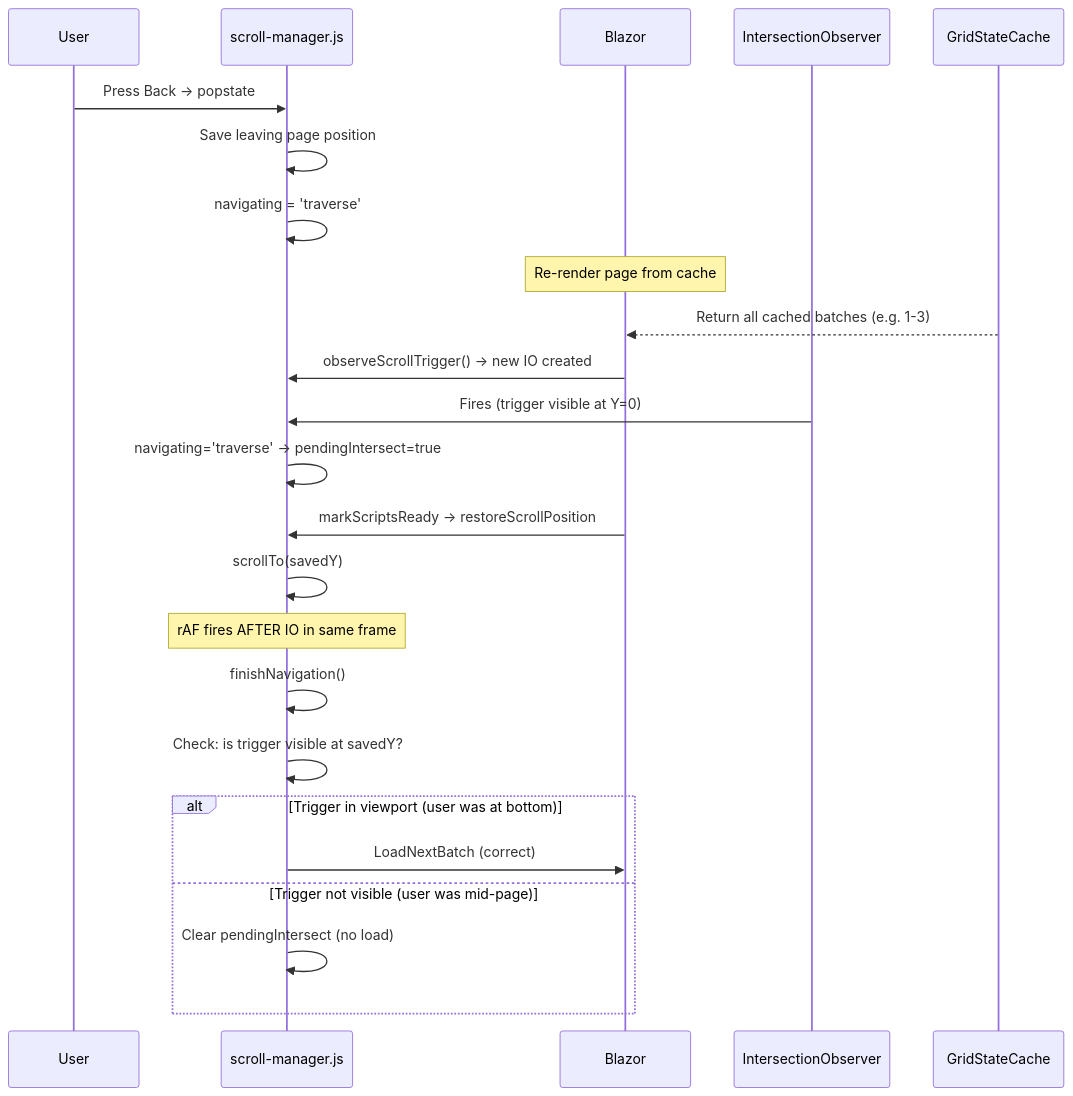
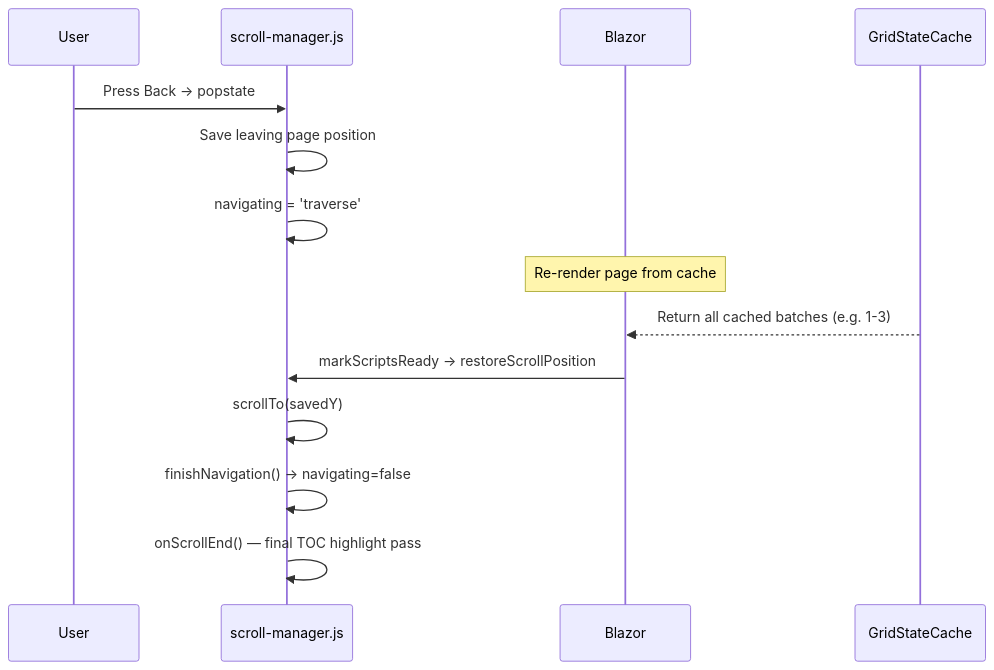
One commit to techhubms/techhub changed the third of 4 diagrams in docs/scroll-system-architecture.md. Above: the diagram before and after it, drawn with Mermaid. The commit also changed other lines of this file and 30 other files, not shown here.

First line of the commit message:
Replace infinite scroll with Load More button and harden deployment (#406)

````diff
--- a/docs/scroll-system-architecture.md
+++ b/docs/scroll-system-architecture.md
@@ -199,32 +193,20 @@
 ```mermaid
 sequenceDiagram
     participant U as User
     participant SM as scroll-manager.js
     participant BZ as Blazor
-    participant IO as IntersectionObserver
     participant Cache as GridStateCache
 
     U->>SM: Press Back → popstate
     SM->>SM: Save leaving page position
     SM->>SM: navigating = 'traverse'
 
     Note over BZ: Re-render page from cache
     Cache-->>BZ: Return all cached batches (e.g. 1-3)
-    BZ->>SM: observeScrollTrigger() → new IO created
-
-    IO->>SM: Fires (trigger visible at Y=0)
-    SM->>SM: navigating='traverse' → pendingIntersect=true
 
     BZ->>SM: markScriptsReady → restoreScrollPosition
     SM->>SM: scrollTo(savedY)
 
-    Note over SM: rAF fires AFTER IO in same frame
-    SM->>SM: finishNavigation()
-    SM->>SM: Check: is trigger visible at savedY?
-
-    alt Trigger in viewport (user was at bottom)
-        SM->>BZ: LoadNextBatch (correct)
-    else Trigger not visible (user was mid-page)
-        SM->>SM: Clear pendingIntersect (no load)
-    end
+    SM->>SM: finishNavigation() → navigating=false
+    SM->>SM: onScrollEnd() — final TOC highlight pass
 ```
````
